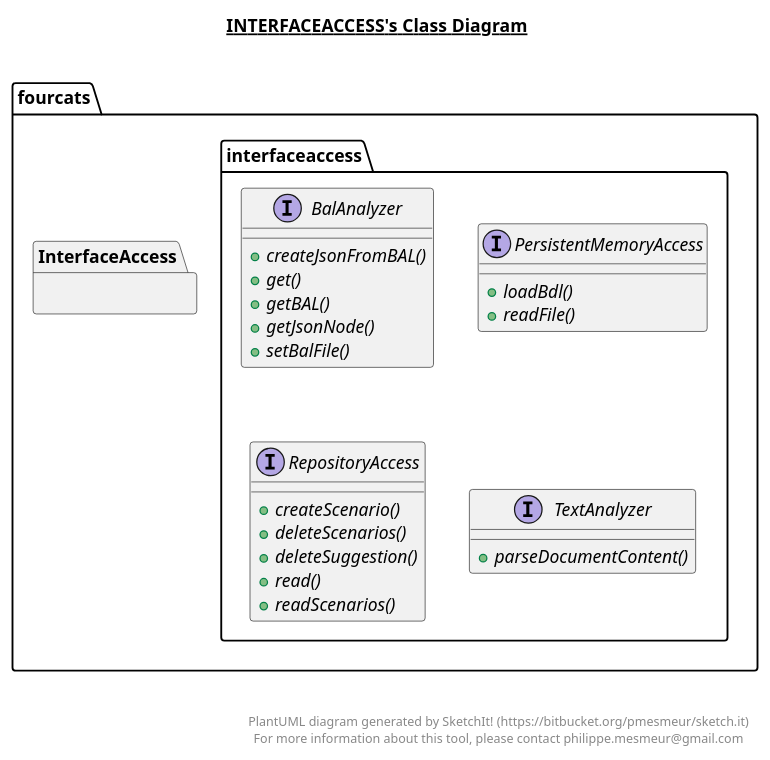
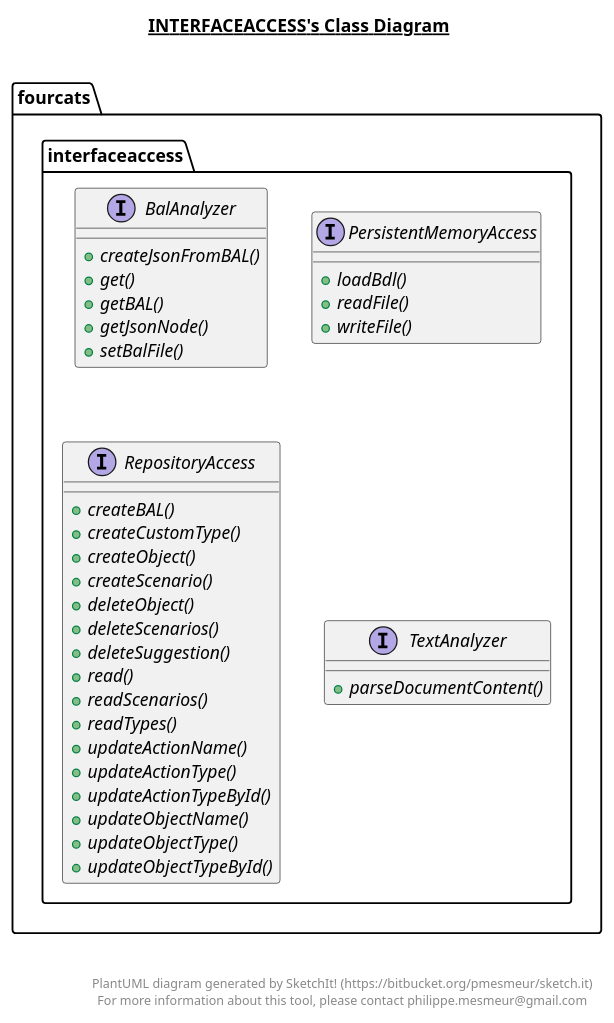
The diagram in NaturalAPI_Design/src/main/java/fourcats/interfaceaccess/InterfaceAccess.plantuml (fourcatsteam/NaturalAPI), drawn with PlantUML before and after one commit. The commit also changed 22 other files, not shown here.

```diff
--- a/NaturalAPI_Design/src/main/java/fourcats/interfaceaccess/InterfaceAccess.plantuml
+++ b/NaturalAPI_Design/src/main/java/fourcats/interfaceaccess/InterfaceAccess.plantuml
@@ -1,59 +1,71 @@
 @startuml
 
 title __INTERFACEACCESS's Class Diagram__\n
 
   namespace fourcats {
-    namespace InterfaceAccess {
+    namespace interfaceaccess {
       interface fourcats.interfaceaccess.BalAnalyzer {
           {abstract} + createJsonFromBAL()
           {abstract} + get()
           {abstract} + getBAL()
           {abstract} + getJsonNode()
           {abstract} + setBalFile()
       }
     }
   }
   
 
   namespace fourcats {
-    namespace InterfaceAccess {
+    namespace interfaceaccess {
       interface fourcats.interfaceaccess.PersistentMemoryAccess {
           {abstract} + loadBdl()
           {abstract} + readFile()
+          {abstract} + writeFile()
       }
     }
   }
   
 
   namespace fourcats {
-    namespace InterfaceAccess {
+    namespace interfaceaccess {
       interface fourcats.interfaceaccess.RepositoryAccess {
+          {abstract} + createBAL()
+          {abstract} + createCustomType()
+          {abstract} + createObject()
           {abstract} + createScenario()
+          {abstract} + deleteObject()
           {abstract} + deleteScenarios()
           {abstract} + deleteSuggestion()
           {abstract} + read()
           {abstract} + readScenarios()
+          {abstract} + readTypes()
+          {abstract} + updateActionName()
+          {abstract} + updateActionType()
+          {abstract} + updateActionTypeById()
+          {abstract} + updateObjectName()
+          {abstract} + updateObjectType()
+          {abstract} + updateObjectTypeById()
       }
     }
   }
   
 
   namespace fourcats {
-    namespace InterfaceAccess {
+    namespace interfaceaccess {
       interface fourcats.interfaceaccess.TextAnalyzer {
           {abstract} + parseDocumentContent()
       }
     }
   }
   
 
 
 
 right footer
 
 
 PlantUML diagram generated by SketchIt! (https://bitbucket.org/pmesmeur/sketch.it)
 For more information about this tool, please contact philippe.mesmeur@gmail.com
 endfooter
 
 @enduml
```
